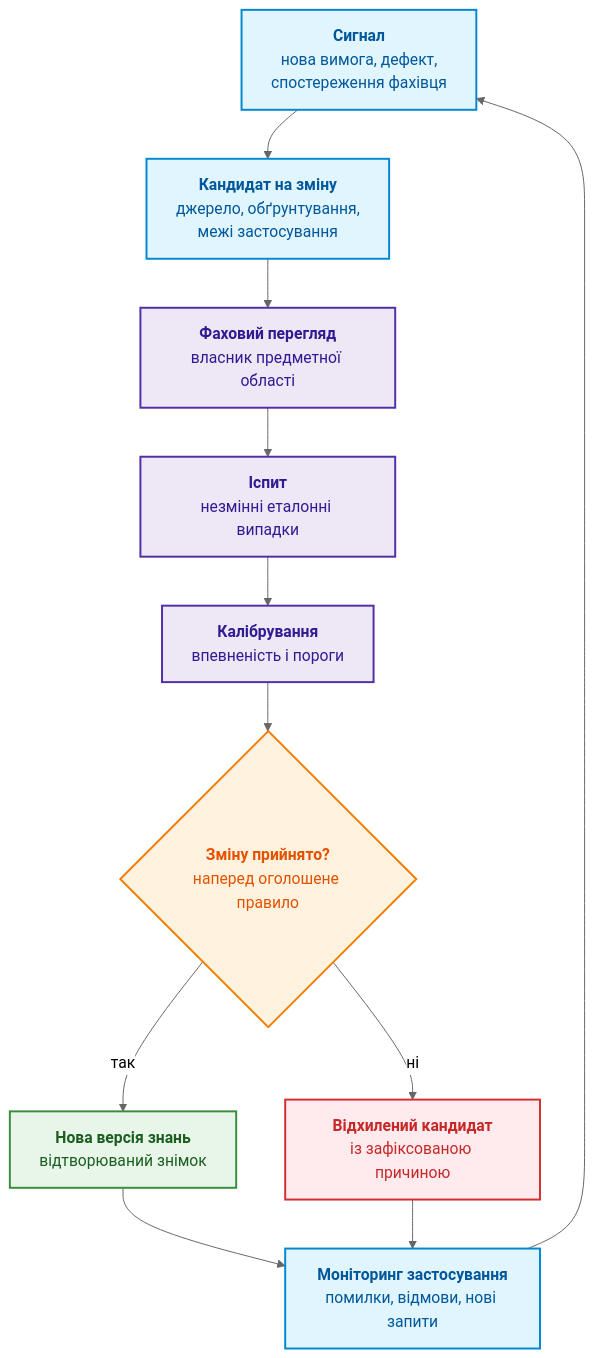
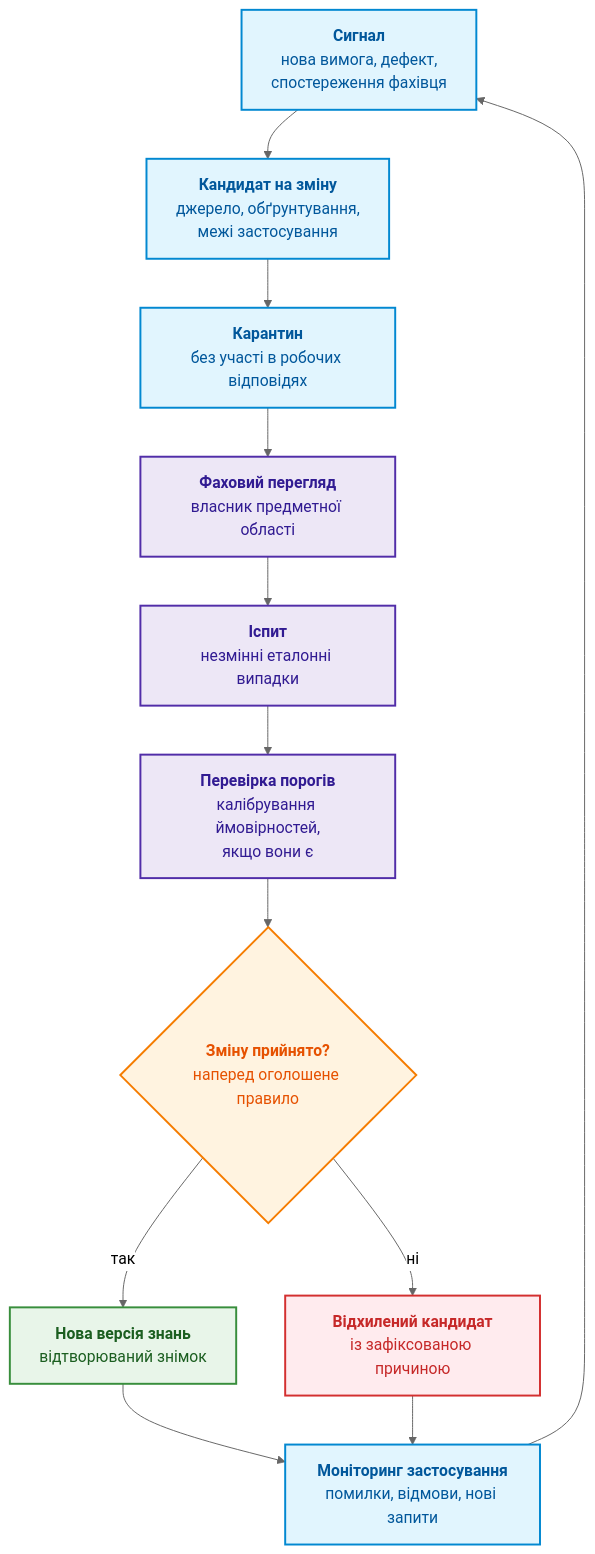
One commit to nick-fedchik/articles changed the first of 6 diagrams in ExpertSystem/ch25-how-expert-systems-learn.md. Above: the diagram before and after it, drawn with Mermaid (neutral theme). The commit also changed other lines of this file and 9 other files, not shown here.

````diff
--- a/ExpertSystem/ch25-how-expert-systems-learn.md
+++ b/ExpertSystem/ch25-how-expert-systems-learn.md
@@ -87,28 +121,29 @@
 ```mermaid
 flowchart TB
     accTitle: Життєвий цикл керованої зміни знань
     accDescr: Сигнал перетворюється на кандидата, кандидат проходить фаховий перегляд, іспит і калібрування, рішення про випуск створює нову версію або фіксує відхилення, а моніторинг породжує нові сигнали.
 
     Signal["<b>Сигнал</b><br/>нова вимога, дефект,<br/>спостереження фахівця"] --> Candidate["<b>Кандидат на зміну</b><br/>джерело, обґрунтування,<br/>межі застосування"]
-    Candidate --> Review["<b>Фаховий перегляд</b><br/>власник предметної області"]
+    Candidate --> Quarantine["<b>Карантин</b><br/>без участі в робочих відповідях"]
+    Quarantine --> Review["<b>Фаховий перегляд</b><br/>власник предметної області"]
     Review --> Exam["<b>Іспит</b><br/>незмінні еталонні випадки"]
-    Exam --> Calibration["<b>Калібрування</b><br/>впевненість і пороги"]
+    Exam --> Calibration["<b>Перевірка порогів</b><br/>калібрування ймовірностей,<br/>якщо вони є"]
     Calibration --> Decision{"<b>Зміну прийнято?</b><br/>наперед оголошене правило"}
     Decision -- "так" --> Version["<b>Нова версія знань</b><br/>відтворюваний знімок"]
     Decision -- "ні" --> Rejected["<b>Відхилений кандидат</b><br/>із зафіксованою причиною"]
     Version --> Monitor["<b>Моніторинг застосування</b><br/>помилки, відмови, нові запити"]
     Rejected --> Monitor
     Monitor --> Signal
 
     classDef sig fill:#e1f5fe,stroke:#0288d1,stroke-width:2px,color:#01579b;
     classDef rev fill:#ede7f6,stroke:#512da8,stroke-width:2px,color:#311b92;
     classDef gate fill:#fff3e0,stroke:#f57c00,stroke-width:2px,color:#e65100;
     classDef ok fill:#e8f5e9,stroke:#388e3c,stroke-width:2px,color:#1b5e20;
     classDef fail fill:#ffebee,stroke:#d32f2f,stroke-width:2px,color:#c62828;
 
-    class Signal,Candidate,Monitor sig;
+    class Signal,Candidate,Quarantine,Monitor sig;
     class Review,Exam,Calibration rev;
     class Decision gate;
     class Version ok;
     class Rejected fail;
 ```
````
